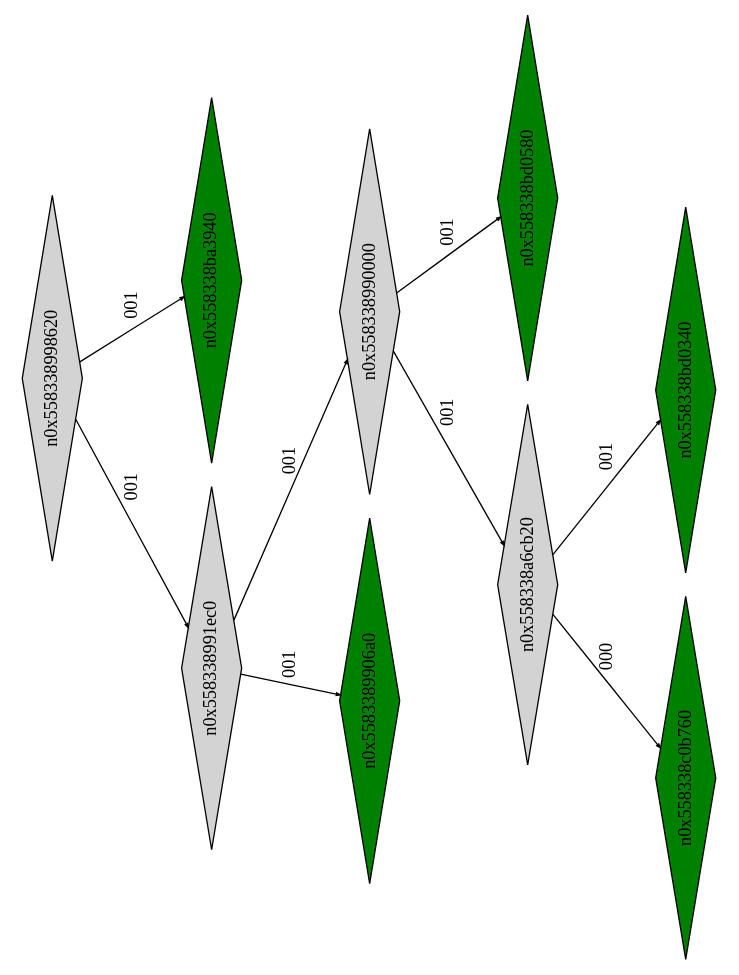
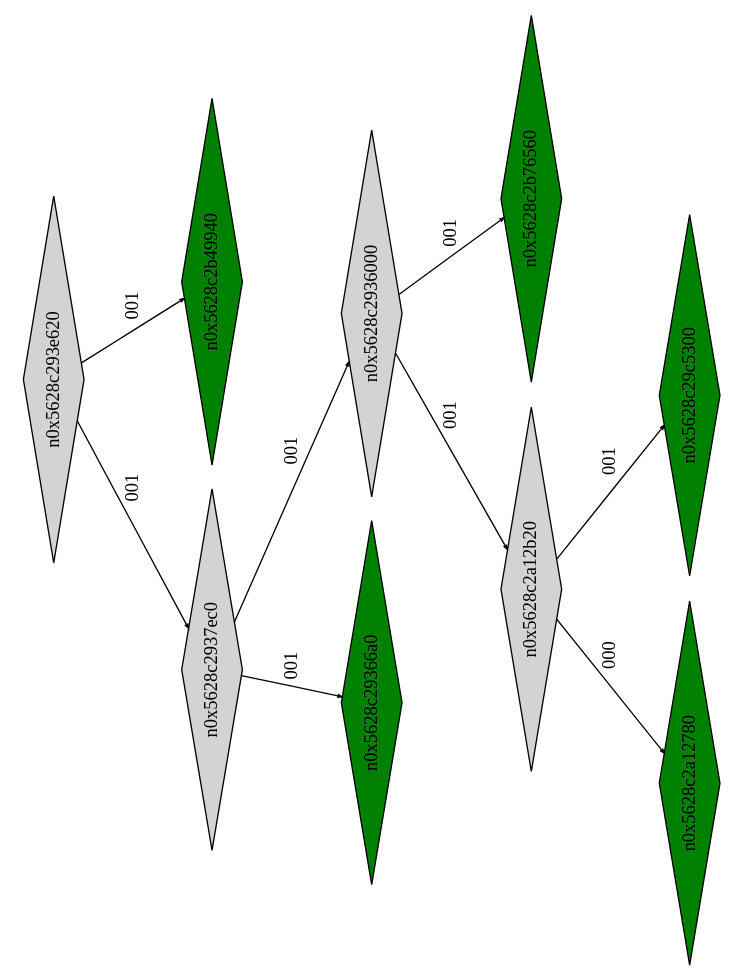
One commit to Research-Tools-PAVT/PSE-Program-Examples changed the diagram in example1_klee_out/ptree_00000338.dot. Above: the diagram before and after it, drawn with Graphviz. The commit also changed 38 other files, not shown here.

```diff
--- a/example1_klee_out/ptree_00000338.dot
+++ b/example1_klee_out/ptree_00000338.dot
@@ -1,25 +1,25 @@
 digraph G {
 	size="10,7.5";
 	ratio=fill;
 	rotate=90;
 	center = "true";
 	node [style="filled",width=.1,height=.1,fontname="Terminus"]
 	edge [arrowsize=.3]
-	n0x558338998620 [shape=diamond];
-	n0x558338998620 -> n0x558338991ec0 [label=001];
-	n0x558338998620 -> n0x558338ba3940 [label=001];
-	n0x558338ba3940 [shape=diamond,fillcolor=green];
-	n0x558338991ec0 [shape=diamond];
-	n0x558338991ec0 -> n0x5583389906a0 [label=001];
-	n0x558338991ec0 -> n0x558338990000 [label=001];
-	n0x558338990000 [shape=diamond];
-	n0x558338990000 -> n0x558338a6cb20 [label=001];
-	n0x558338990000 -> n0x558338bd0580 [label=001];
-	n0x558338bd0580 [shape=diamond,fillcolor=green];
-	n0x558338a6cb20 [shape=diamond];
-	n0x558338a6cb20 -> n0x558338c0b760 [label=000];
-	n0x558338a6cb20 -> n0x558338bd0340 [label=001];
-	n0x558338bd0340 [shape=diamond,fillcolor=green];
-	n0x558338c0b760 [shape=diamond,fillcolor=green];
-	n0x5583389906a0 [shape=diamond,fillcolor=green];
+	n0x5628c293e620 [shape=diamond];
+	n0x5628c293e620 -> n0x5628c2937ec0 [label=001];
+	n0x5628c293e620 -> n0x5628c2b49940 [label=001];
+	n0x5628c2b49940 [shape=diamond,fillcolor=green];
+	n0x5628c2937ec0 [shape=diamond];
+	n0x5628c2937ec0 -> n0x5628c29366a0 [label=001];
+	n0x5628c2937ec0 -> n0x5628c2936000 [label=001];
+	n0x5628c2936000 [shape=diamond];
+	n0x5628c2936000 -> n0x5628c2a12b20 [label=001];
+	n0x5628c2936000 -> n0x5628c2b76560 [label=001];
+	n0x5628c2b76560 [shape=diamond,fillcolor=green];
+	n0x5628c2a12b20 [shape=diamond];
+	n0x5628c2a12b20 -> n0x5628c2a12780 [label=000];
+	n0x5628c2a12b20 -> n0x5628c29c5300 [label=001];
+	n0x5628c29c5300 [shape=diamond,fillcolor=green];
+	n0x5628c2a12780 [shape=diamond,fillcolor=green];
+	n0x5628c29366a0 [shape=diamond,fillcolor=green];
 }
```
